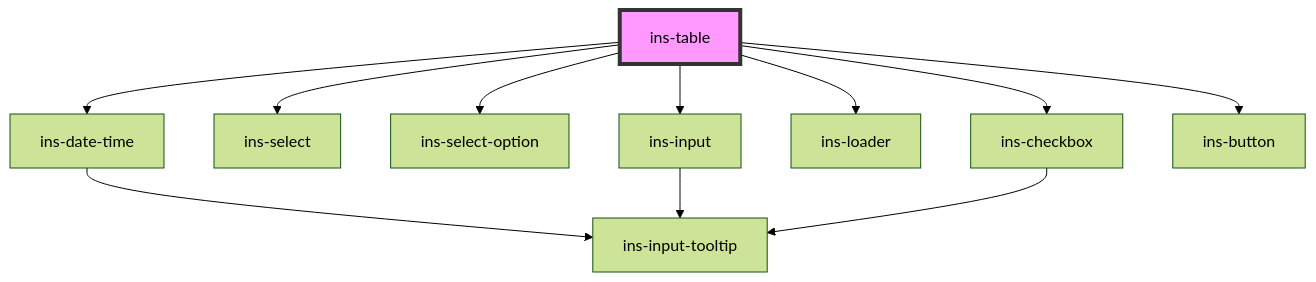
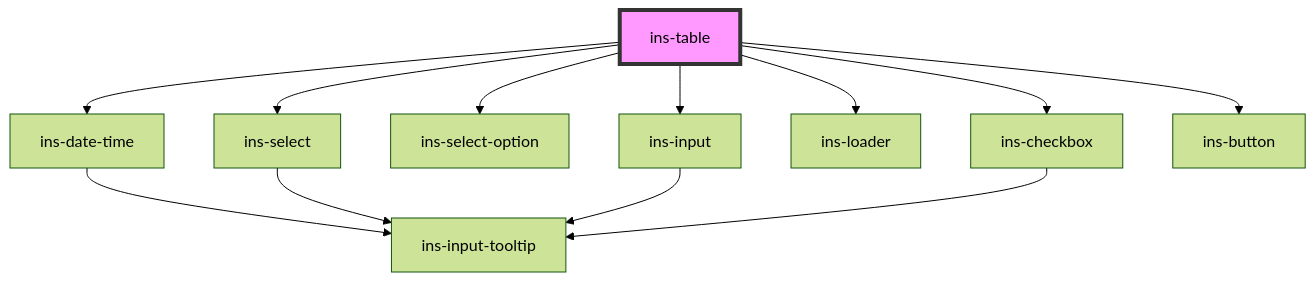
Before and after one commit to insites-io/insites-components-v2: the diagram in components/src/components/ins-table/readme.md, drawn with Mermaid (forest theme). The commit also changed 8 other files, not shown here.

Commit message:
[TW#16875051] Add tooltip in ins-select component

````diff
--- a/components/src/components/ins-table/readme.md
+++ b/components/src/components/ins-table/readme.md
@@ -103,14 +103,15 @@
 ```mermaid
 graph TD;
   ins-table --> ins-date-time
   ins-table --> ins-select
   ins-table --> ins-select-option
   ins-table --> ins-input
   ins-table --> ins-loader
   ins-table --> ins-checkbox
   ins-table --> ins-button
   ins-date-time --> ins-input-tooltip
+  ins-select --> ins-input-tooltip
   ins-input --> ins-input-tooltip
   ins-checkbox --> ins-input-tooltip
   style ins-table fill:#f9f,stroke:#333,stroke-width:4px
 ```
````
